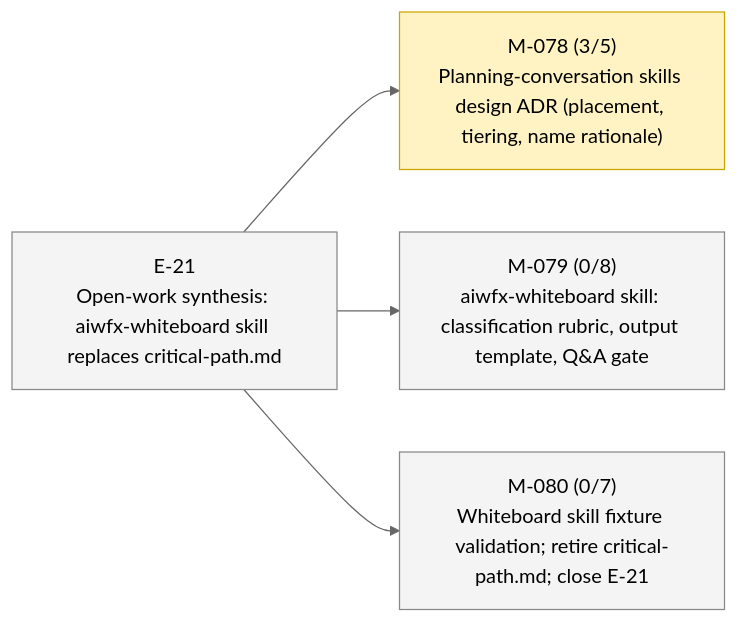
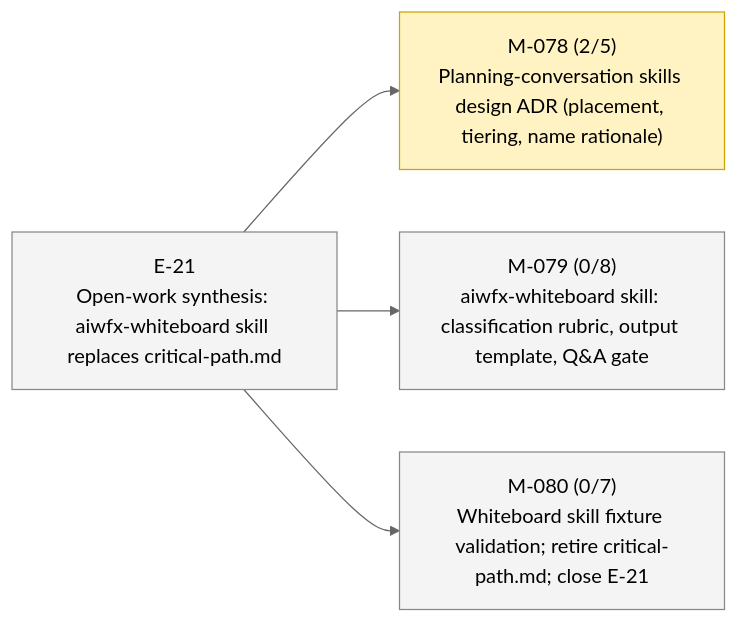
The second of 2 diagrams in STATUS.md (23min/aiwf), drawn with Mermaid (neutral theme) before and after one commit. The commit also changed other lines of this file and 1 other file, not shown here.

````diff
--- a/STATUS.md
+++ b/STATUS.md
@@ -47,16 +47,16 @@
 ```mermaid
 flowchart LR
   E_21["E-21<br/>Open-work synthesis: aiwfx-whiteboard skill replaces critical-path.md"]:::epic_proposed
-  M_078["M-078 (3/5)<br/>Planning-conversation skills design ADR (placement, tiering, name rationale)"]:::ms_in_progress
+  M_078["M-078 (2/5)<br/>Planning-conversation skills design ADR (placement, tiering, name rationale)"]:::ms_in_progress
   E_21 --> M_078
   M_079["M-079 (0/8)<br/>aiwfx-whiteboard skill: classification rubric, output template, Q&A gate"]:::ms_draft
   E_21 --> M_079
   M_080["M-080 (0/7)<br/>Whiteboard skill fixture validation; retire critical-path.md; close E-21"]:::ms_draft
   E_21 --> M_080
   classDef epic_active fill:#d6eaff,stroke:#1a73e8,color:#000
   classDef epic_proposed fill:#f4f4f4,stroke:#888,color:#000
   classDef ms_done fill:#d8f5d8,stroke:#2a8a2a,color:#000
   classDef ms_in_progress fill:#fff3c4,stroke:#caa400,color:#000
   classDef ms_draft fill:#f4f4f4,stroke:#888,color:#000
   classDef ms_cancelled fill:#fbeaea,stroke:#c33,color:#000
 ```
````
